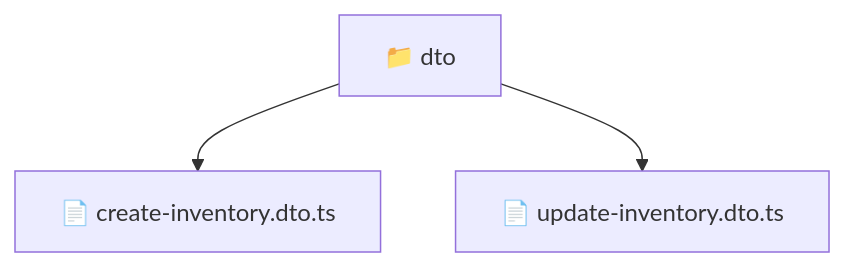
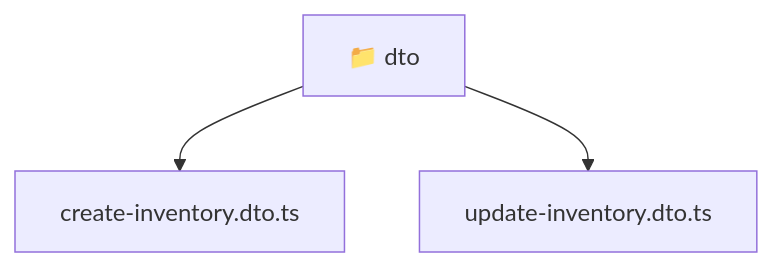
One commit to beginwebdev2002/fullstack-mavluda changed the diagram in backend/src/modules/inventory/presentation/dto/README.md. Above: the diagram before and after it, drawn with Mermaid. The commit also changed other lines of this file and 167 other files, not shown here.

````diff
--- a/backend/src/modules/inventory/presentation/dto/README.md
+++ b/backend/src/modules/inventory/presentation/dto/README.md
@@ -9,6 +9,8 @@
 ```mermaid
 graph TD
-  Root["📁 dto"]
-  Root --> create_inventory_dto_ts["📄 create-inventory.dto.ts"]
-  Root --> update_inventory_dto_ts["📄 update-inventory.dto.ts"]
+  Root_dto["📁 dto"]
+  f_create_inventory_dto_ts["create-inventory.dto.ts"]
+  Root_dto --> f_create_inventory_dto_ts
+  f_update_inventory_dto_ts["update-inventory.dto.ts"]
+  Root_dto --> f_update_inventory_dto_ts
 ```
````
